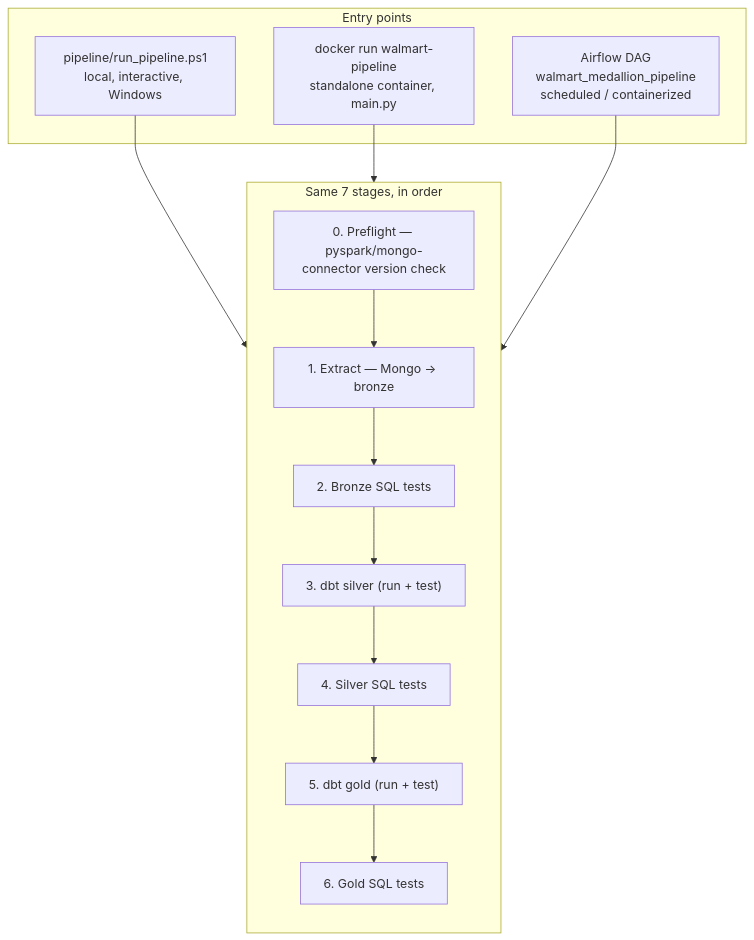
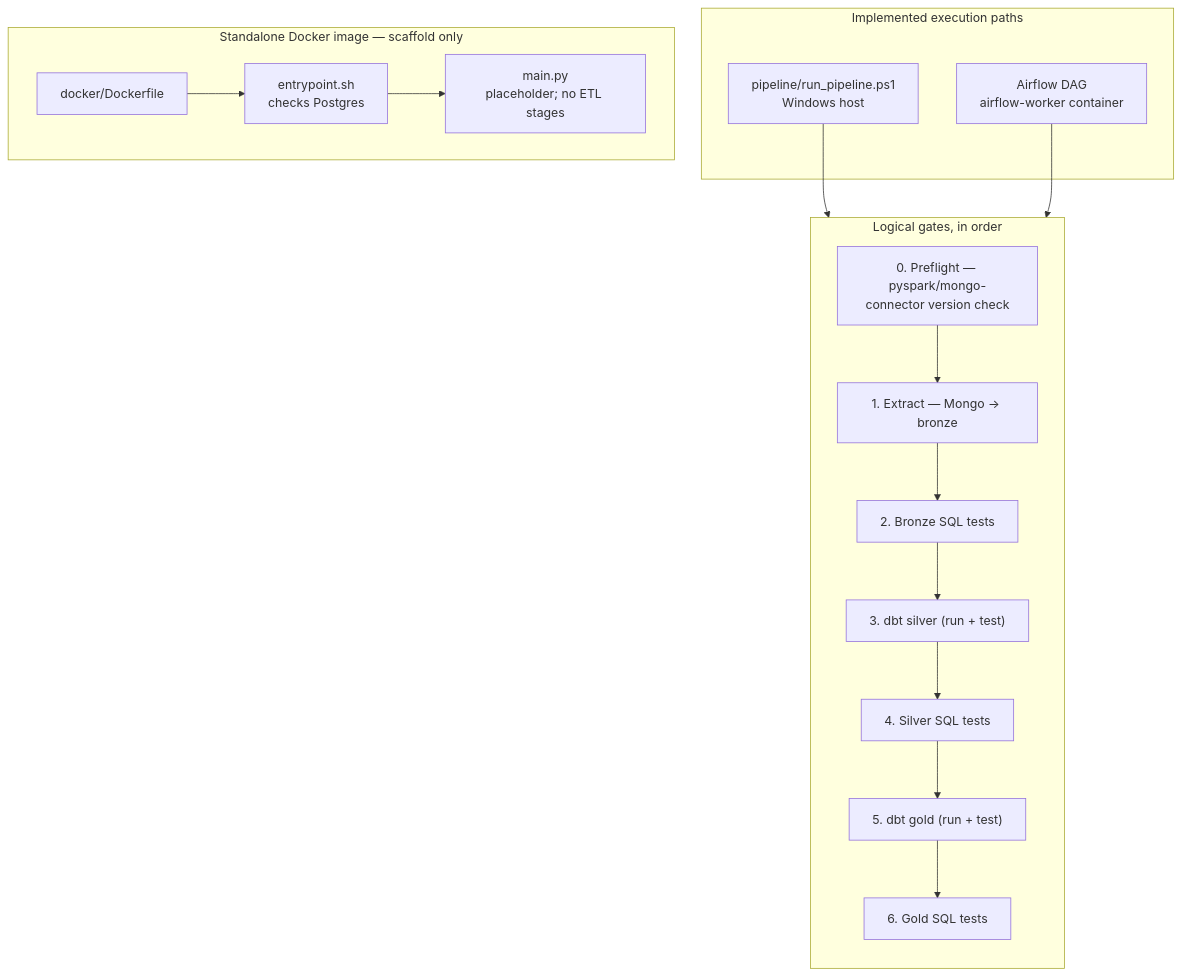
The second of 10 diagrams in docs/ARCHITECTURE.md (Nitinx12/Walmart_DBT), drawn with Mermaid before and after one commit. The commit also changed other lines of this file and 2 other files, not shown here.

````diff
--- a/docs/ARCHITECTURE.md
+++ b/docs/ARCHITECTURE.md
@@ -76,24 +79,27 @@
 ```mermaid
 flowchart TD
-    subgraph Entry["Entry points"]
-        WIN["pipeline/run_pipeline.ps1<br/>local, interactive, Windows"]
-        DOCK["docker run walmart-pipeline<br/>standalone container, main.py"]
-        AF["Airflow DAG<br/>walmart_medallion_pipeline<br/>scheduled / containerized"]
+    subgraph Implemented["Implemented execution paths"]
+        WIN["pipeline/run_pipeline.ps1<br/>Windows host"]
+        AF["Airflow DAG<br/>airflow-worker container"]
     end
 
     WIN --> STAGES
-    DOCK --> STAGES
     AF --> STAGES
 
-    subgraph STAGES["Same 7 stages, in order"]
+    subgraph STAGES["Logical gates, in order"]
         direction TB
         S0["0. Preflight — pyspark/mongo-connector version check"]
         S1["1. Extract — Mongo → bronze"]
         S2["2. Bronze SQL tests"]
         S3["3. dbt silver (run + test)"]
         S4["4. Silver SQL tests"]
         S5["5. dbt gold (run + test)"]
         S6["6. Gold SQL tests"]
         S0-->S1-->S2-->S3-->S4-->S5-->S6
     end
+
+    subgraph Scaffold["Standalone Docker image — scaffold only"]
+        IMG["docker/Dockerfile"] --> ENTRY["entrypoint.sh<br/>checks Postgres"]
+        ENTRY --> MAIN["main.py<br/>placeholder; no ETL stages"]
+    end
 ```
````
